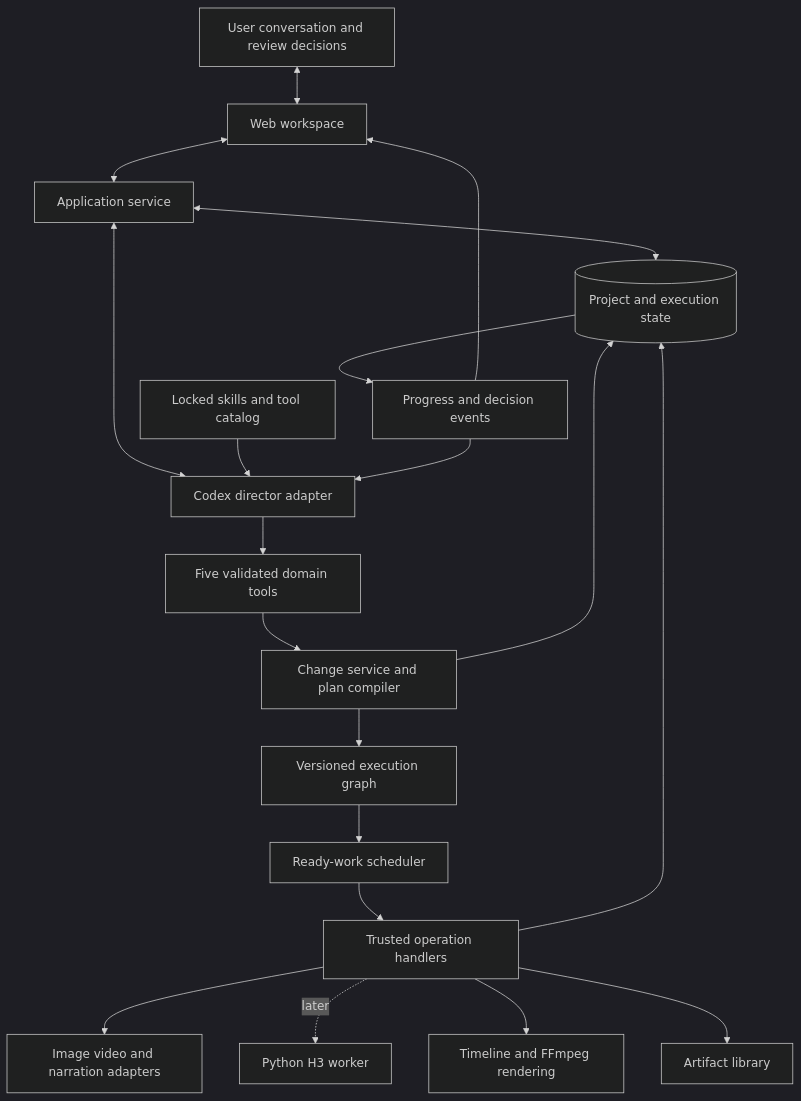
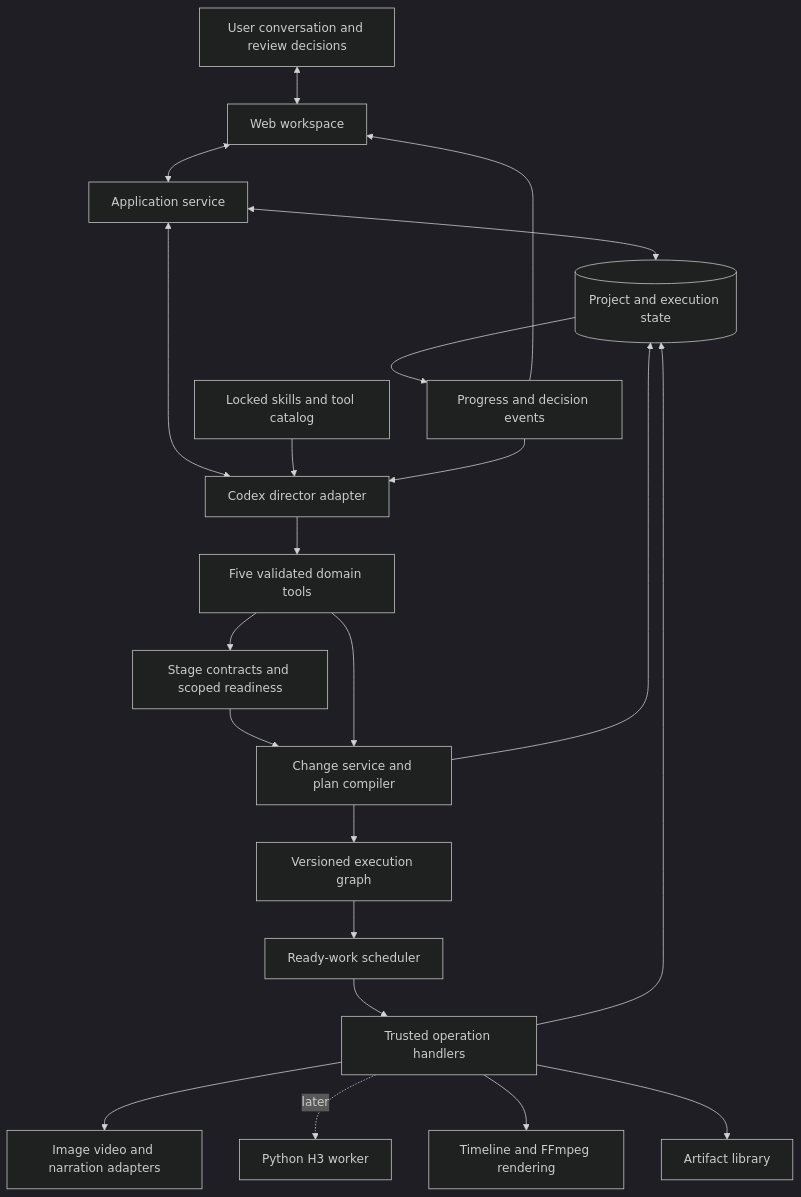
Before and after one commit to Michael-Ma/OpenSlate: the diagram in docs/design/README.md, drawn with Mermaid (dark theme). The commit also changed other lines of this file and 20 other files, not shown here.

Commit message:
Define production workflow contracts and implementation plan

````diff
--- a/docs/design/README.md
+++ b/docs/design/README.md
@@ -29,22 +32,24 @@
 ```mermaid
 flowchart TB
     User[User conversation and review decisions] <--> UI[Web workspace]
     UI <--> App[Application service]
     App <--> State[(Project and execution state)]
     App <--> Director[Codex director adapter]
     Catalog[Locked skills and tool catalog] --> Director
     Director --> Tools[Five validated domain tools]
+    Tools --> Workflow[Stage contracts and scoped readiness]
+    Workflow --> Change
     Tools --> Change[Change service and plan compiler]
     Change --> State
     Change --> Graph[Versioned execution graph]
     Graph --> Scheduler[Ready-work scheduler]
     Scheduler --> Workers[Trusted operation handlers]
     Workers --> Cloud[Image video and narration adapters]
     Workers -. later .-> Local[Python H3 worker]
     Workers --> Edit[Timeline and FFmpeg rendering]
     Workers --> Media[Artifact library]
     Workers --> State
     State --> Events[Progress and decision events]
     Events --> UI
     Events --> Director
 ```
````
